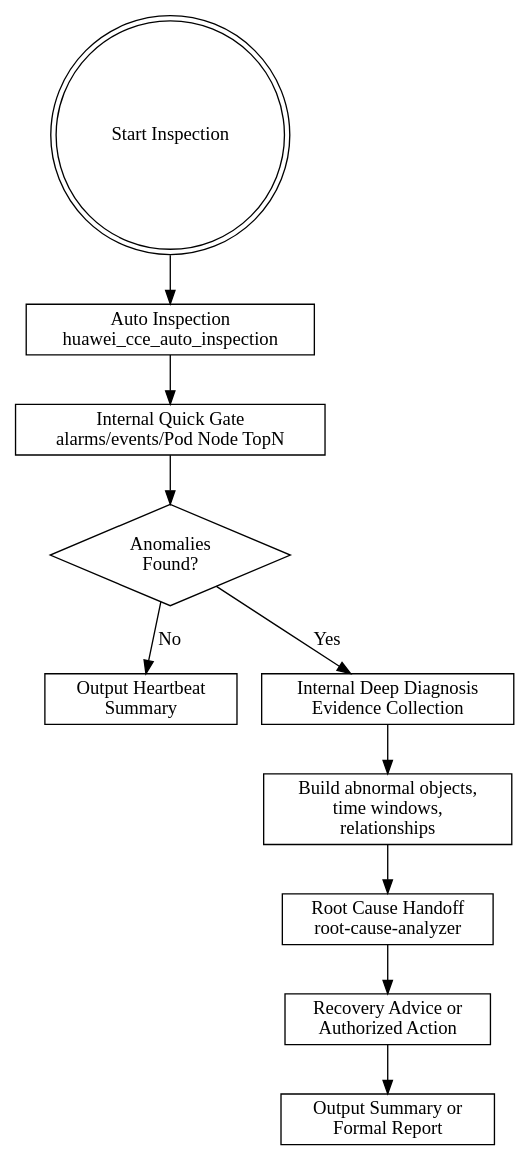
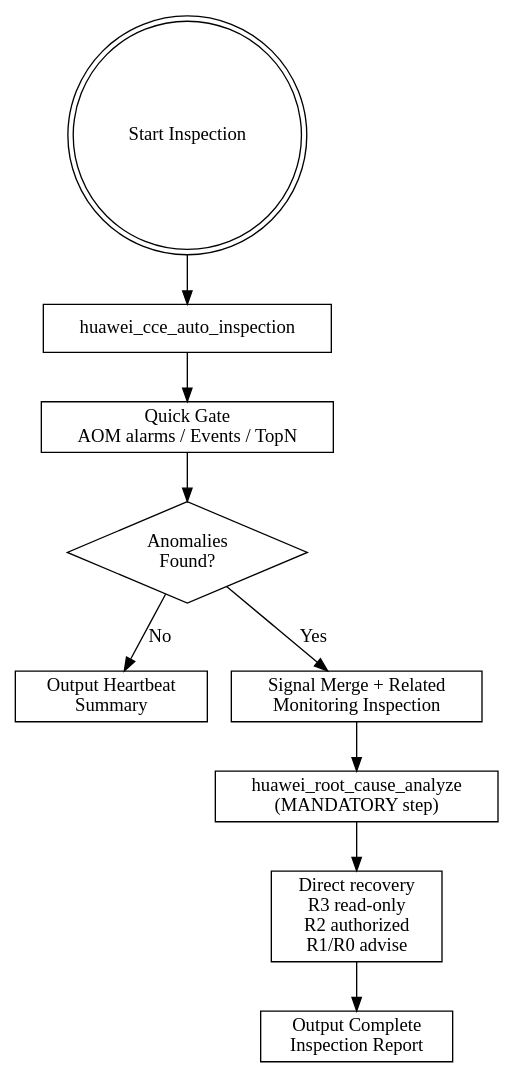
The diagram in releases/container/cce/huawei-cloud-cce-daily-cluster-inspector/SKILL.md (pancake0001/huawei-cloudnative-skills), drawn with Graphviz before and after one commit. The commit also changed other lines of this file and 30 other files, not shown here.

Commit message:
Update CCE remediation risk levels

````diff
--- a/releases/container/cce/huawei-cloud-cce-daily-cluster-inspector/SKILL.md
+++ b/releases/container/cce/huawei-cloud-cce-daily-cluster-inspector/SKILL.md
@@ -78,25 +77,23 @@
 ```dot
 digraph inspection_flow {
     rankdir=TB;
     start [shape=doublecircle label="Start Inspection"];
-    auto [shape=box label="Auto Inspection\nhuawei_cce_auto_inspection"];
-    quick [shape=box label="Internal Quick Gate\nalarms/events/Pod Node TopN"];
+    auto [shape=box label="huawei_cce_auto_inspection"];
+    quick [shape=box label="Quick Gate\nAOM alarms / Events / TopN"];
     healthy [shape=box label="Output Heartbeat\nSummary"];
     anomaly [shape=diamond label="Anomalies\nFound?"];
-    deep [shape=box label="Internal Deep Diagnosis\nEvidence Collection"];
-    classify [shape=box label="Build abnormal objects,\ntime windows,\nrelationships"];
-    rca [shape=box label="Root Cause Handoff\nroot-cause-analyzer"];
-    remediation [shape=box label="Recovery Advice or\nAuthorized Action"];
-    report [shape=box label="Output Summary or\nFormal Report"];
+    deep [shape=box label="Signal Merge + Related\nMonitoring Inspection"];
+    rca [shape=box label="huawei_root_cause_analyze\n(MANDATORY step)"];
+    remediation [shape=box label="Direct recovery\nR3 read-only\nR2 authorized\nR1/R0 advise"];
+    report [shape=box label="Output Complete\nInspection Report"];
 
     start -> auto;
     auto -> quick;
     quick -> anomaly;
     anomaly -> healthy [label="No"];
     anomaly -> deep [label="Yes"];
-    deep -> classify;
-    classify -> rca;
+    deep -> rca;
     rca -> remediation;
     remediation -> report;
 }
 ```
````
